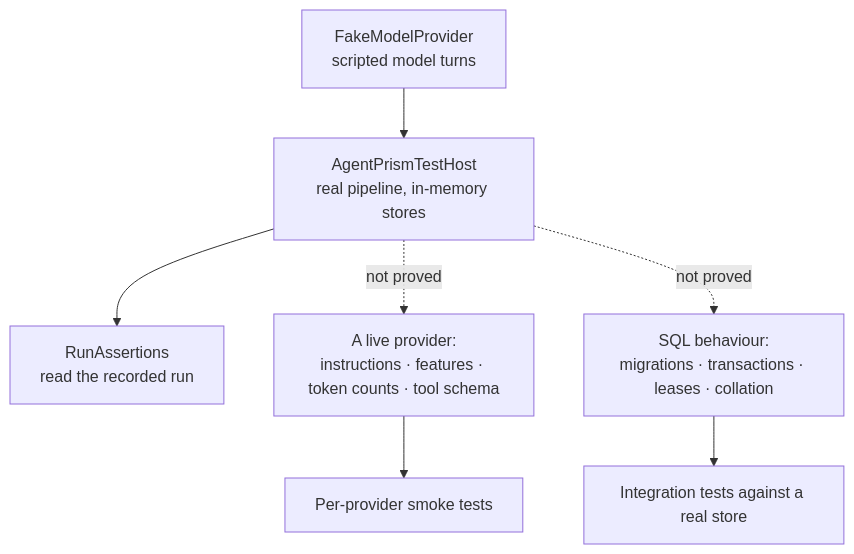
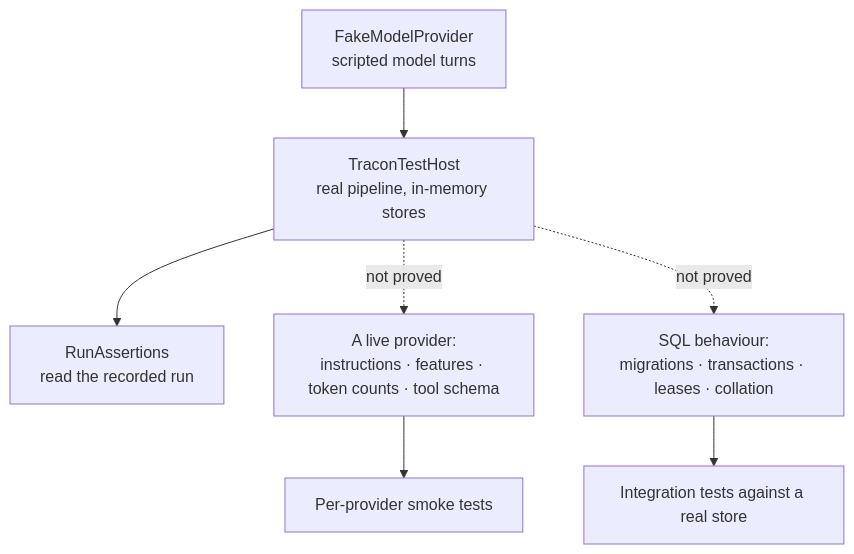
One commit to farukatasoy/Tracon changed the diagram in docs-site/src/content/docs/guides/testing.md. Above: the diagram before and after it, drawn with Mermaid. The commit also changed other lines of this file and 4170 other files, not shown here.

Commit message:
feat: rename the product from AgentPrism to Tracon

````diff
--- a/docs-site/src/content/docs/guides/testing.md
+++ b/docs-site/src/content/docs/guides/testing.md
@@ -11,11 +11,11 @@
 ```mermaid
 flowchart TD
     accTitle: What each test level proves
-    accDescr: FakeModelProvider scripts the model turn, AgentPrismTestHost runs the real HTTP, catalog, tool, recording, and streaming pipeline over in-memory stores, and RunAssertions reads the recorded run. Live providers and SQL behaviour are outside this host and need their own tests.
-    FAKE["FakeModelProvider<br/>scripted model turns"] --> HOST["AgentPrismTestHost<br/>real pipeline, in-memory stores"]
+    accDescr: FakeModelProvider scripts the model turn, TraconTestHost runs the real HTTP, catalog, tool, recording, and streaming pipeline over in-memory stores, and RunAssertions reads the recorded run. Live providers and SQL behaviour are outside this host and need their own tests.
+    FAKE["FakeModelProvider<br/>scripted model turns"] --> HOST["TraconTestHost<br/>real pipeline, in-memory stores"]
     HOST --> ASSERT["RunAssertions<br/>read the recorded run"]
     HOST -.->|not proved| LIVE["A live provider:<br/>instructions · features · token counts · tool schema"]
     HOST -.->|not proved| SQL["SQL behaviour:<br/>migrations · transactions · leases · collation"]
     LIVE --> SMOKE["Per-provider smoke tests"]
     SQL --> INTEG["Integration tests against a real store"]
 ```
````
